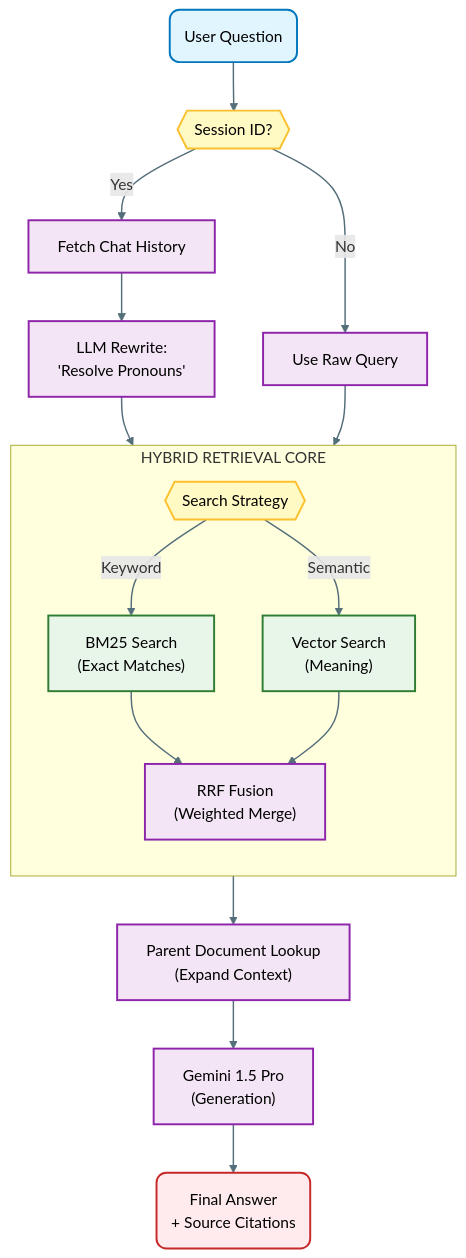
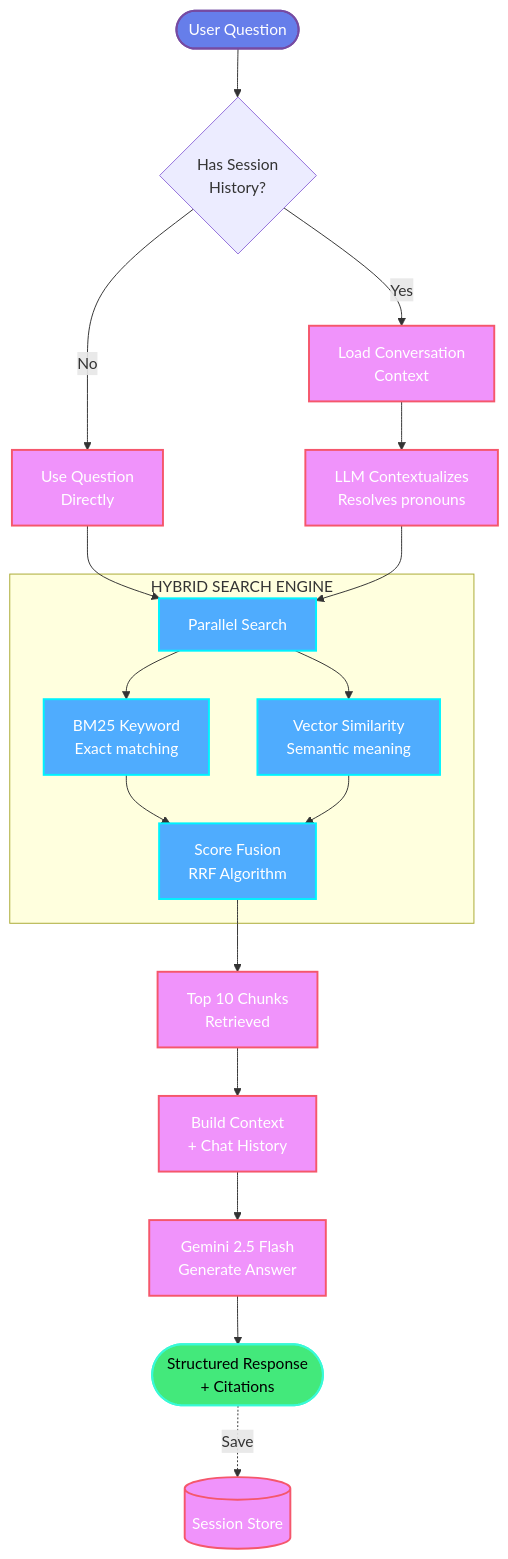
The second of 3 diagrams in README.md (AbhinavCoder-14/PromptPage), drawn with Mermaid before and after one commit. The commit also changed other lines of this file, not shown here.

First line of the commit message:
Revise flowcharts and styling in README

````diff
--- a/README.md
+++ b/README.md
@@ -181,35 +190,38 @@
 ```mermaid
-flowchart TD
-    %% --- STYLES ---
-    classDef start fill:#e1f5fe,stroke:#0277bd,stroke-width:2px,color:#000,rx:10,ry:10
-    classDef decision fill:#fff9c4,stroke:#fbc02d,stroke-width:2px,color:#000,rx:5,ry:5,shape:diamond
-    classDef process fill:#f3e5f5,stroke:#8e24aa,stroke-width:2px,color:#000
-    classDef search fill:#e8f5e9,stroke:#2e7d32,stroke-width:2px,color:#000
-    classDef result fill:#ffebee,stroke:#c62828,stroke-width:2px,color:#000,rx:10,ry:10
-
-    UserQuery("User Question"):::start --> SessionCheck{{"Session ID?"}}:::decision
-
-    SessionCheck -->|Yes| History["Fetch Chat History"]:::process
-    SessionCheck -->|No| RawQuery["Use Raw Query"]:::process
-
-    History --> Contextualize["LLM Rewrite:<br/>'Resolve Pronouns'"]:::process
-    Contextualize --> HybridRouter{{"Search Strategy"}}:::decision
-    RawQuery --> HybridRouter
-
-    subgraph Retrieval [" HYBRID RETRIEVAL CORE "]
-        direction TB
-        HybridRouter -->|Keyword| BM25["BM25 Search<br/>(Exact Matches)"]:::search
-        HybridRouter -->|Semantic| Vector["Vector Search<br/>(Meaning)"]:::search
+graph TB
+    %% Styling
+    classDef input fill:#667eea,stroke:#764ba2,stroke-width:2px,color:#fff
+    classDef process fill:#f093fb,stroke:#f5576c,stroke-width:2px,color:#fff
+    classDef search fill:#4facfe,stroke:#00f2fe,stroke-width:2px,color:#fff
+    classDef output fill:#43e97b,stroke:#38f9d7,stroke-width:2px,color:#000
+    
+    START([ User Question]):::input
+    
+    START --> CHECK{Has Session<br/>History?}
+    
+    CHECK -->|Yes| HISTORY[ Load Conversation<br/>Context]:::process
+    CHECK -->|No| DIRECT[ Use Question<br/>Directly]:::process
+    
+    HISTORY --> REWRITE[ LLM Contextualizes<br/>Resolves pronouns]:::process
+    DIRECT --> SEARCH
+    REWRITE --> SEARCH
+    
+    subgraph RETRIEVAL[" HYBRID SEARCH ENGINE"]
+        SEARCH[ Parallel Search]:::search
+        SEARCH --> BM25[ BM25 Keyword<br/>Exact matching]:::search
+        SEARCH --> VECTOR[ Vector Similarity<br/>Semantic meaning]:::search
         
-        BM25 --> Merger["RRF Fusion<br/>(Weighted Merge)"]:::process
-        Vector --> Merger
+        BM25 --> MERGE[ Score Fusion<br/>RRF Algorithm]:::search
+        VECTOR --> MERGE
     end
-
-    Merger --> ParentDoc["Parent Document Lookup<br/>(Expand Context)"]:::process
-    ParentDoc --> LLM["Gemini 1.5 Pro<br/>(Generation)"]:::process
     
-    LLM --> FinalResponse("Final Answer<br/>+ Source Citations"):::result
-
-    %% --- LINK STYLES ---
-    linkStyle default stroke:#546e7a,stroke-width:1.5px
+    MERGE --> TOP10[ Top 10 Chunks<br/>Retrieved]:::process
+    
+    TOP10 --> CONTEXT[ Build Context<br/>+ Chat History]:::process
+    
+    CONTEXT --> LLM[ Gemini 2.5 Flash<br/>Generate Answer]:::process
+    
+    LLM --> RESPONSE([ Structured Response<br/>+ Citations]):::output
+    
+    RESPONSE -.->|Save| MEMORY[( Session Store)]:::process
 ```
````
